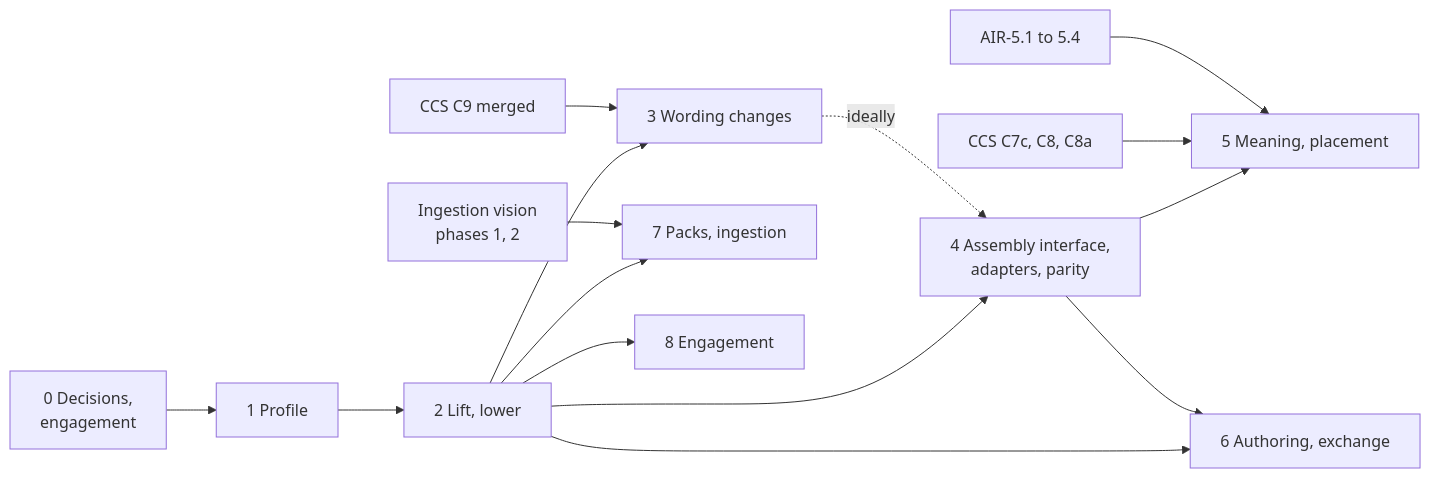
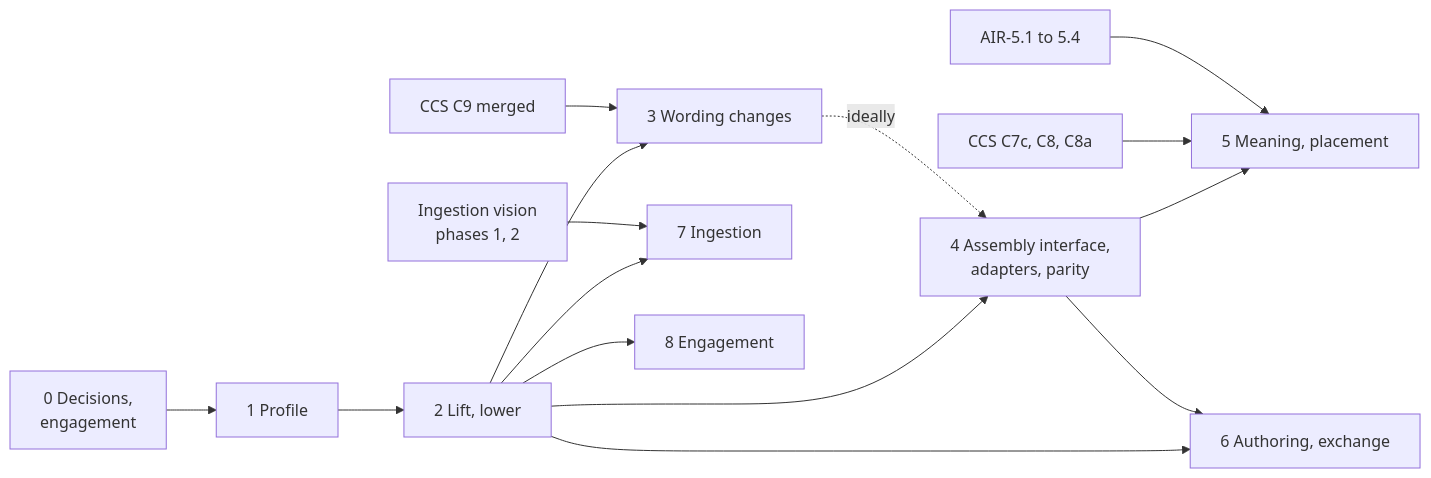
The diagram in docs/developer/plans/insurml-alignment.md (nebularis/lattice), drawn with Mermaid before and after one commit. The commit also changed other lines of this file and 4 other files, not shown here.

````diff
--- a/docs/developer/plans/insurml-alignment.md
+++ b/docs/developer/plans/insurml-alignment.md
@@ -60,17 +60,17 @@
 ```mermaid
 flowchart LR
     P0["0 Decisions,<br/>engagement"] --> P1["1 Profile"]
     P1 --> P2["2 Lift, lower"]
     P2 --> P3["3 Wording changes"]
     C9["CCS C9 merged"] --> P3
     P2 --> P4["4 Assembly interface,<br/>adapters, parity"]
     P3 -. "ideally" .-> P4
     P4 --> P5["5 Meaning, placement"]
     CCS["CCS C7c, C8, C8a"] --> P5
     AIR["AIR-5.1 to 5.4"] --> P5
     P2 --> P6["6 Authoring, exchange"]
     P4 --> P6
-    P2 --> P7["7 Packs, ingestion"]
+    P2 --> P7["7 Ingestion"]
     ING["Ingestion vision<br/>phases 1, 2"] --> P7
     P2 --> P8["8 Engagement"]
 ```
````
